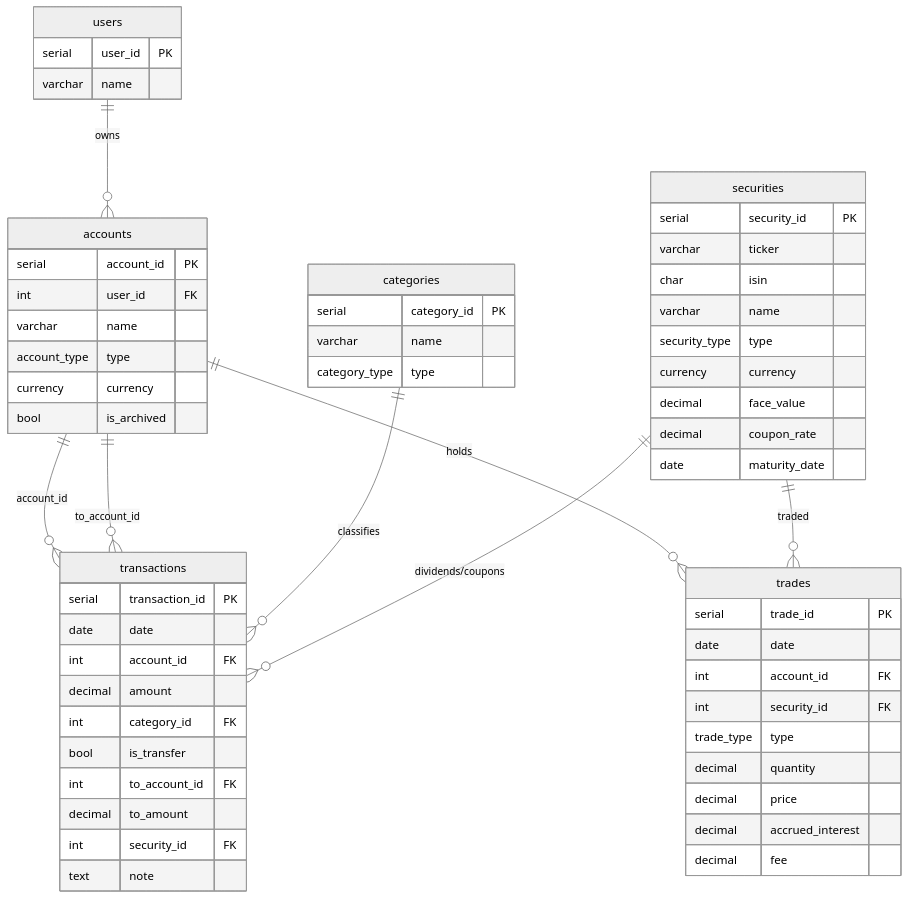
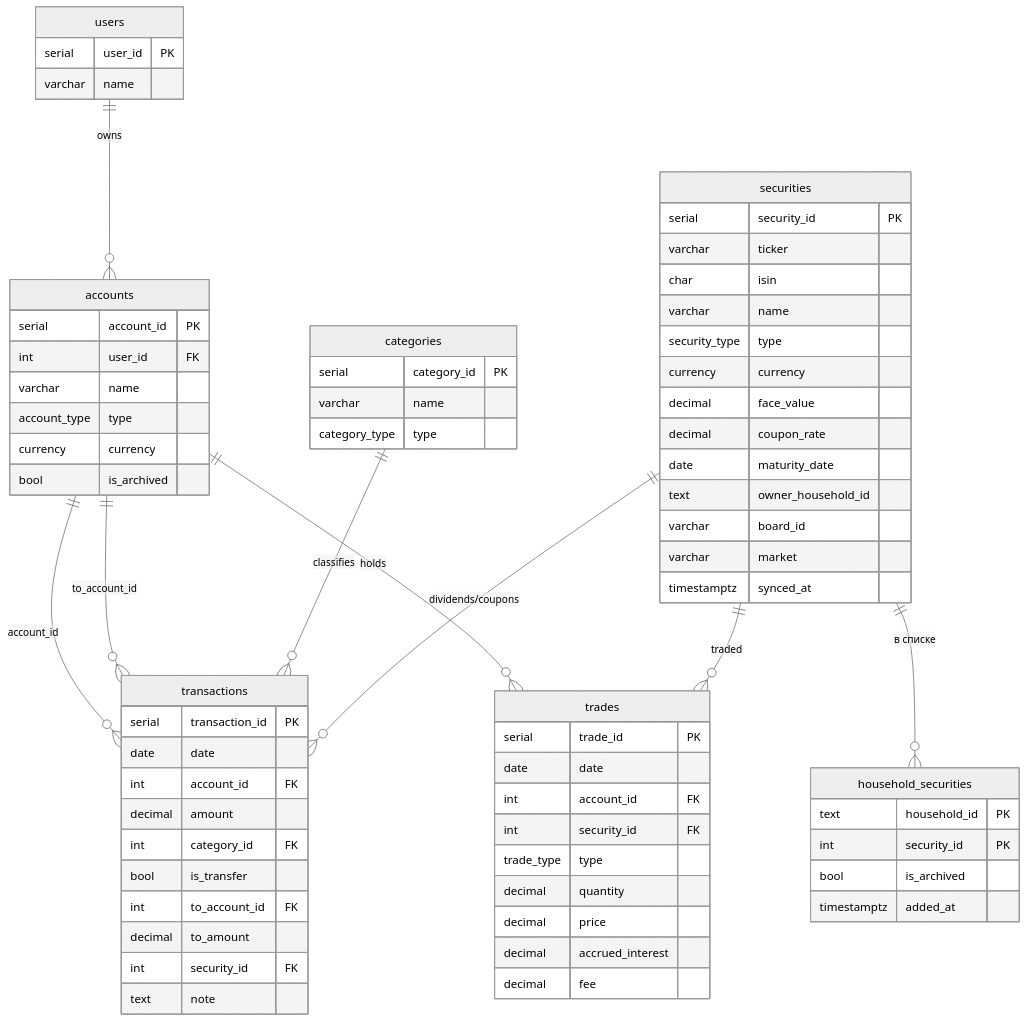
The diagram in docs/db/db.md (maksimshirma/financial-management-service), drawn with Mermaid (neutral theme) before and after one commit. The commit also changed other lines of this file and 56 other files, not shown here.

First line of the commit message:
feat(securities): shared exchange reference with per-household lists

````diff
--- a/docs/db/db.md
+++ b/docs/db/db.md
@@ -44,62 +44,73 @@
 ```mermaid
 erDiagram
     users ||--o{ accounts : owns
     accounts ||--o{ transactions : "account_id"
     accounts ||--o{ transactions : "to_account_id"
     accounts ||--o{ trades : holds
     categories ||--o{ transactions : classifies
     securities ||--o{ transactions : "dividends/coupons"
     securities ||--o{ trades : traded
+    securities ||--o{ household_securities : "в списке"
 
     users {
         serial user_id PK
         varchar name
     }
     accounts {
         serial account_id PK
         int user_id FK
         varchar name
         account_type type
         currency currency
         bool is_archived
     }
     categories {
         serial category_id PK
         varchar name
         category_type type
     }
     securities {
         serial security_id PK
         varchar ticker
         char isin
         varchar name
         security_type type
         currency currency
         decimal face_value
         decimal coupon_rate
         date maturity_date
+        text owner_household_id
+        varchar board_id
+        varchar market
+        timestamptz synced_at
+    }
+    household_securities {
+        text household_id PK
+        int security_id PK
+        bool is_archived
+        timestamptz added_at
     }
     transactions {
         serial transaction_id PK
         date date
         int account_id FK
         decimal amount
         int category_id FK
         bool is_transfer
         int to_account_id FK
         decimal to_amount
         int security_id FK
         text note
     }
     trades {
         serial trade_id PK
         date date
         int account_id FK
         int security_id FK
         trade_type type
         decimal quantity
         decimal price
         decimal accrued_interest
         decimal fee
     }
 ```
````
